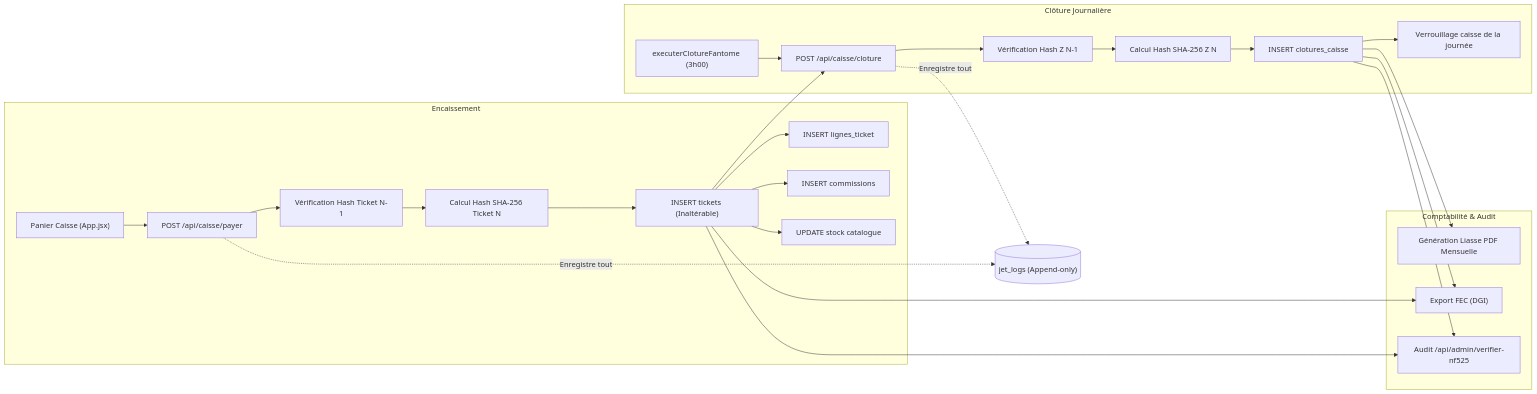
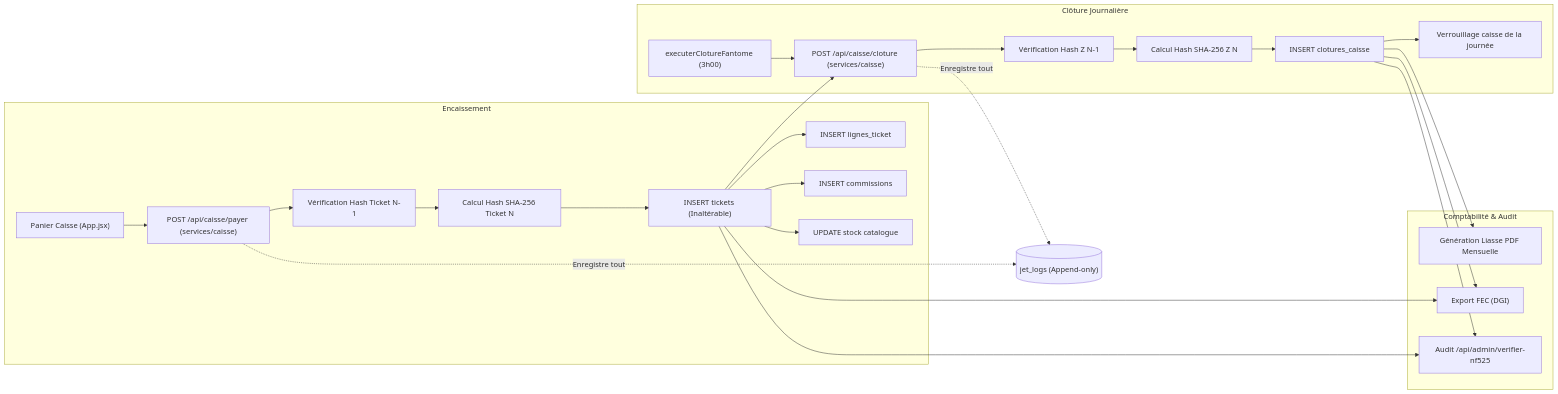
One commit to valentin-td/APP changed the second of 4 diagrams in docs/DEPENDENCIES.md. Above: the diagram before and after it, drawn with Mermaid. The commit also changed 7 other files, not shown here.

Commit message:
refactor(etape-14): extraction du domaine caisse smart pos et scellement nf525 (services/caisse)

````diff
--- a/docs/DEPENDENCIES.md
+++ b/docs/DEPENDENCIES.md
@@ -109,32 +109,32 @@
 ```mermaid
 flowchart LR
     subgraph Encaissement["Encaissement"]
-        Cart["Panier Caisse (App.jsx)"] --> PayRoute["POST /api/caisse/payer"]
+        Cart["Panier Caisse (App.jsx)"] --> PayRoute["POST /api/caisse/payer (services/caisse)"]
         PayRoute --> HashPrev["Vérification Hash Ticket N-1"]
         HashPrev --> HashCurr["Calcul Hash SHA-256 Ticket N"]
         HashCurr --> InsertTicket["INSERT tickets (Inaltérable)"]
         InsertTicket --> Lignes["INSERT lignes_ticket"]
         InsertTicket --> Comm["INSERT commissions"]
         InsertTicket --> StockDec["UPDATE stock catalogue"]
     end
 
     subgraph ClotureFiscale["Clôture Journalière"]
-        InsertTicket --> ClotureRoute["POST /api/caisse/cloture"]
+        InsertTicket --> ClotureRoute["POST /api/caisse/cloture (services/caisse)"]
         CronFantome["executerClotureFantome (3h00)"] --> ClotureRoute
         ClotureRoute --> HashZPrev["Vérification Hash Z N-1"]
         HashZPrev --> HashZCurr["Calcul Hash SHA-256 Z N"]
         HashZCurr --> InsertZ["INSERT clotures_caisse"]
         InsertZ --> Lock["Verrouillage caisse de la journée"]
     end
 
     subgraph Restitution["Comptabilité & Audit"]
         InsertZ --> Liasse["Génération Liasse PDF Mensuelle"]
         InsertZ --> FEC["Export FEC (DGI)"]
         InsertTicket --> FEC
         InsertTicket --> AuditNF["Audit /api/admin/verifier-nf525"]
         InsertZ --> AuditNF
     end
 
     PayRoute -.->|"Enregistre tout"| JET[("jet_logs (Append-only)")]
     ClotureRoute -.->|"Enregistre tout"| JET
 ```
````
